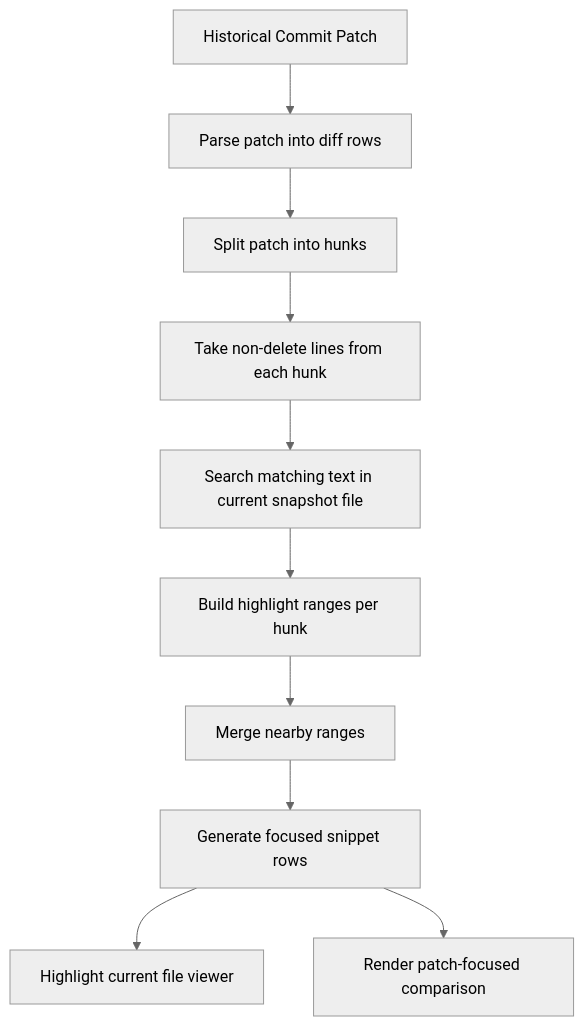
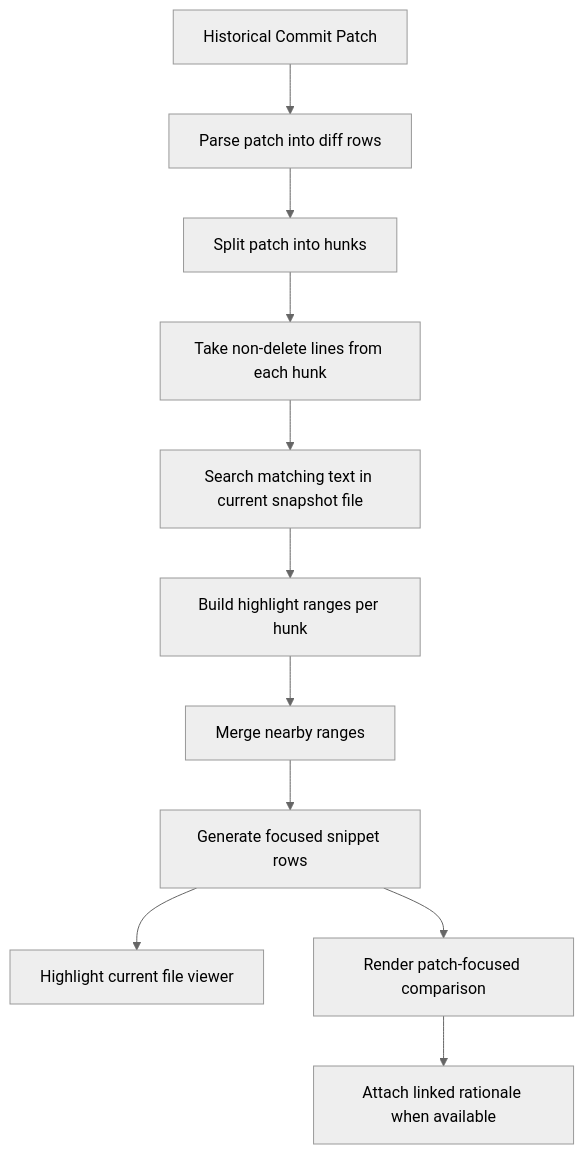
One commit to Viody75/Historical-Evo-Aware-Code-Documentation changed the third of 4 diagrams in docs/2026-05-04-architecture-methodology.md. Above: the diagram before and after it, drawn with Mermaid (neutral theme). The commit also changed other lines of this file and 18 other files, not shown here.

````diff
--- a/docs/2026-05-04-architecture-methodology.md
+++ b/docs/2026-05-04-architecture-methodology.md
@@ -138,12 +357,13 @@
 ```mermaid
 flowchart TD
     A[Historical Commit Patch] --> B[Parse patch into diff rows]
     B --> C[Split patch into hunks]
     C --> D[Take non-delete lines from each hunk]
     D --> E[Search matching text in current snapshot file]
     E --> F[Build highlight ranges per hunk]
     F --> G[Merge nearby ranges]
     G --> H[Generate focused snippet rows]
     H --> I[Highlight current file viewer]
     H --> J[Render patch-focused comparison]
+    J --> K[Attach linked rationale when available]
 ```
````
